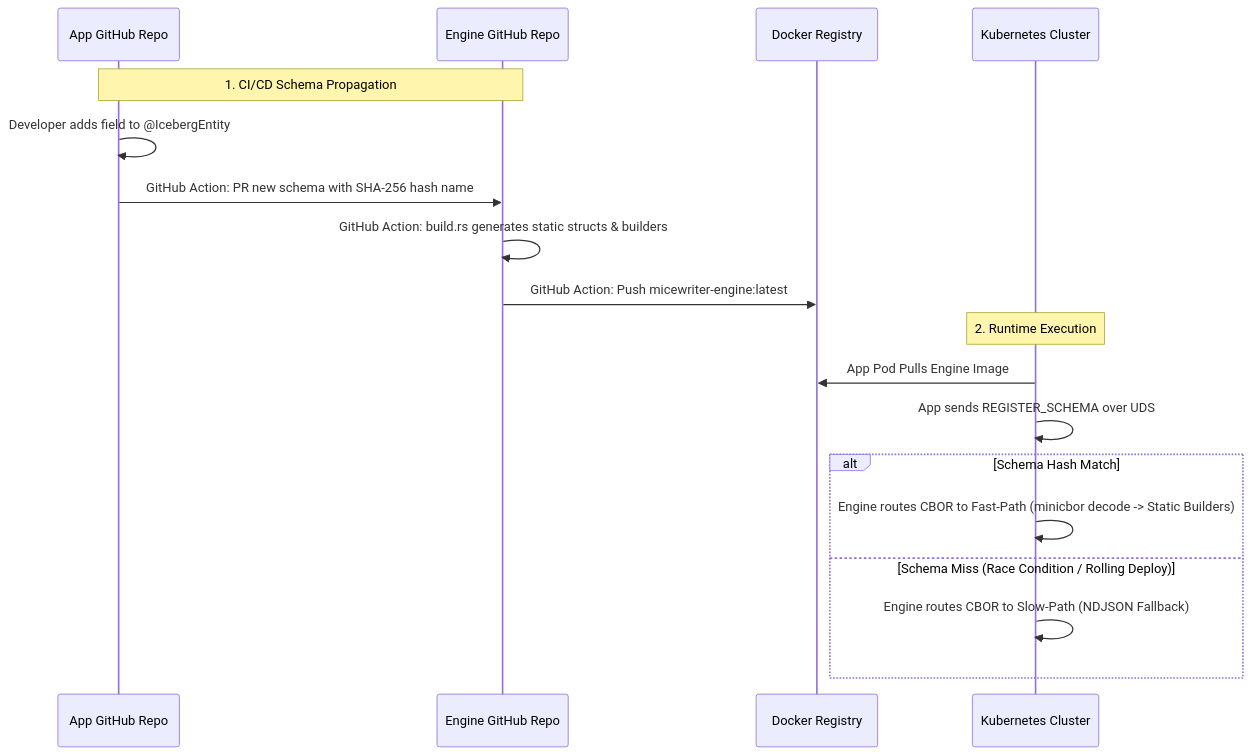
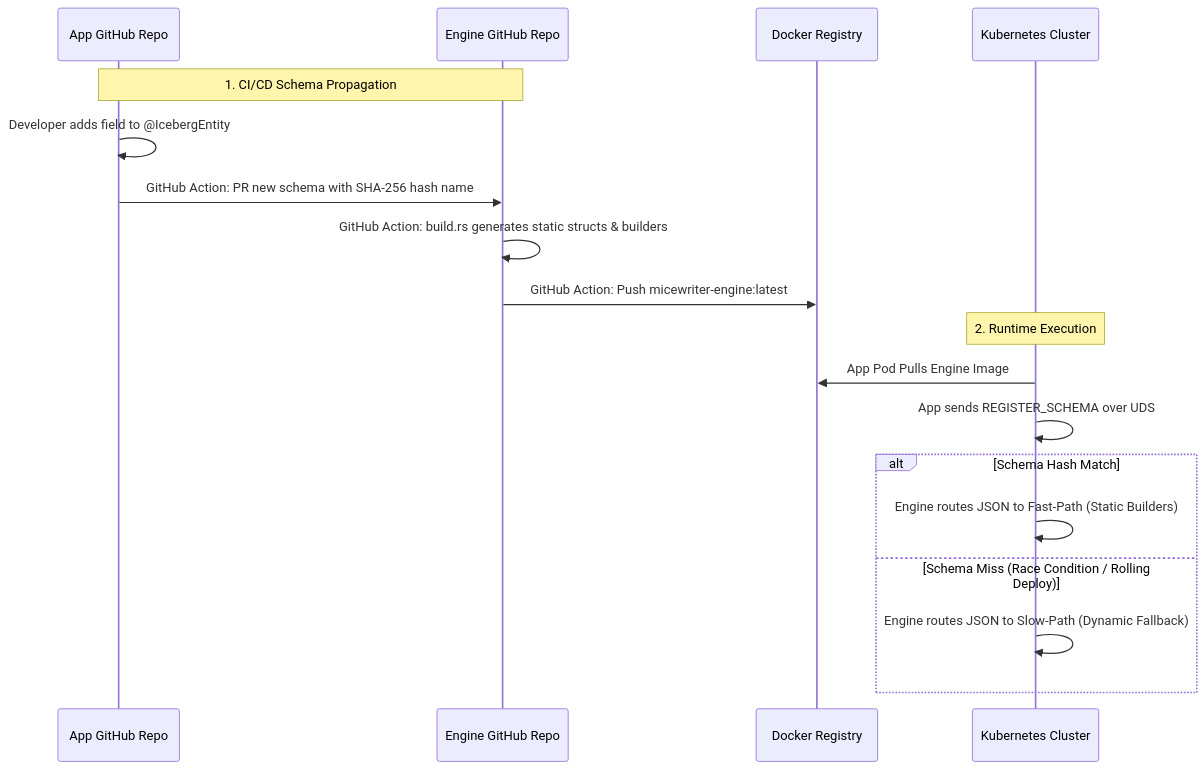
The diagram in docs/megamod-architecture.md (markovarghese/micewriter-hub), drawn with Mermaid before and after one commit. The commit also changed other lines of this file and 6 other files, not shown here.

Commit message:
docs: Completely eradicate legacy CBOR and NDJSON references across all docs

````diff
--- a/docs/megamod-architecture.md
+++ b/docs/megamod-architecture.md
@@ -16,22 +16,22 @@
 ```mermaid
 sequenceDiagram
     participant AppRepo as App GitHub Repo
     participant EngineRepo as Engine GitHub Repo
     participant Registry as Docker Registry
     participant K8s as Kubernetes Cluster
     
     Note over AppRepo,EngineRepo: 1. CI/CD Schema Propagation
     AppRepo->>AppRepo: Developer adds field to @IcebergEntity
     AppRepo->>EngineRepo: GitHub Action: PR new schema with SHA-256 hash name
     EngineRepo->>EngineRepo: GitHub Action: build.rs generates static structs & builders
     EngineRepo->>Registry: GitHub Action: Push micewriter-engine:latest
     
     Note over K8s: 2. Runtime Execution
     K8s->>Registry: App Pod Pulls Engine Image
     K8s->>K8s: App sends REGISTER_SCHEMA over UDS
     alt Schema Hash Match
-        K8s->>K8s: Engine routes CBOR to Fast-Path (minicbor decode -> Static Builders)
+        K8s->>K8s: Engine routes JSON to Fast-Path (Static Builders)
     else Schema Miss (Race Condition / Rolling Deploy)
-        K8s->>K8s: Engine routes CBOR to Slow-Path (NDJSON Fallback)
+        K8s->>K8s: Engine routes JSON to Slow-Path (Dynamic Fallback)
     end
 ```
````
